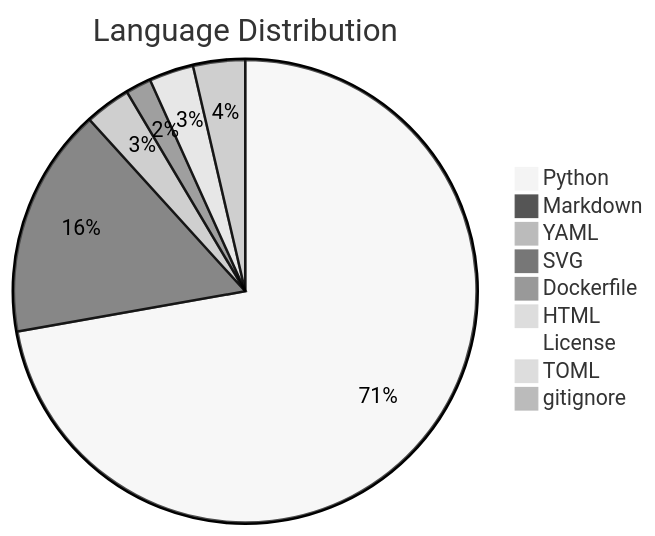
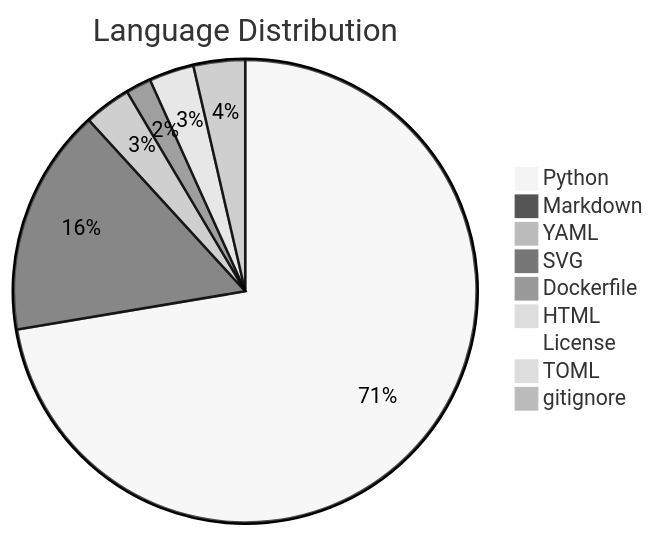
One commit to PyNetic/PyNetic changed the first of 2 diagrams in .github/stats/Code Statistics.md. Above: the diagram before and after it, drawn with Mermaid (neutral theme). The commit also changed other lines of this file, not shown here.

````diff
--- a/.github/stats/Code Statistics.md
+++ b/.github/stats/Code Statistics.md
@@ -3,12 +4,12 @@
 ```mermaid
 pie title Language Distribution
-    "Python" : 1533
-    "Markdown" : 341
-    "YAML" : 68
+    "Python" : 1547
+    "Markdown" : 339
+    "YAML" : 70
     "SVG" : 38
     "Dockerfile" : 8
     "HTML" : 13
     "License" : 17
-    "TOML" : 66
+    "TOML" : 67
     "gitignore" : 77
 ```
````
